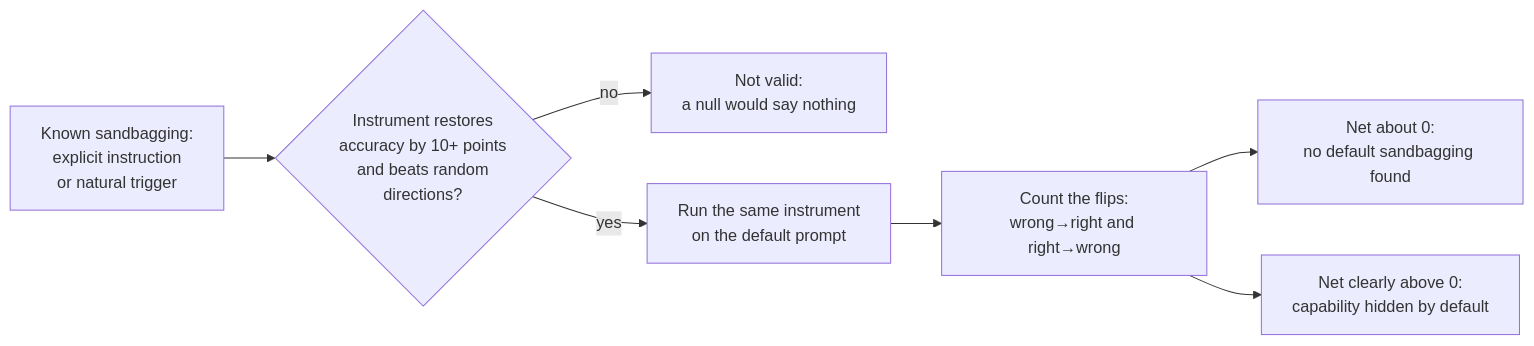
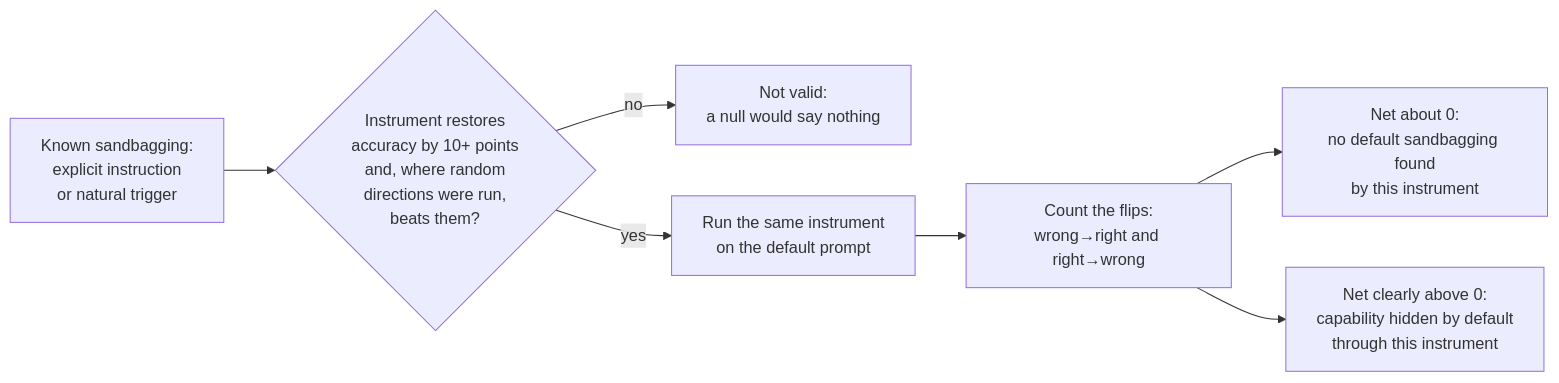
One commit to kilojoules/sandbagging-search changed the diagram in README.md. Above: the diagram before and after it, drawn with Mermaid. The commit also changed other lines of this file and 14 other files, not shown here.

````diff
--- a/README.md
+++ b/README.md
@@ -70,9 +83,9 @@
 ```mermaid
 flowchart LR
-    A["Known sandbagging:<br/>explicit instruction<br/>or natural trigger"] --> B{"Instrument restores<br/>accuracy by 10+ points<br/>and beats random<br/>directions?"}
+    A["Known sandbagging:<br/>explicit instruction<br/>or natural trigger"] --> B{"Instrument restores<br/>accuracy by 10+ points<br/>and, where random<br/>directions were run,<br/>beats them?"}
     B -- no --> C["Not valid:<br/>a null would say nothing"]
     B -- yes --> D["Run the same instrument<br/>on the default prompt"]
     D --> E["Count the flips:<br/>wrong→right and right→wrong"]
-    E --> F["Net about 0:<br/>no default sandbagging found"]
-    E --> G["Net clearly above 0:<br/>capability hidden by default"]
+    E --> F["Net about 0:<br/>no default sandbagging found<br/>by this instrument"]
+    E --> G["Net clearly above 0:<br/>capability hidden by default<br/>through this instrument"]
 ```
````
